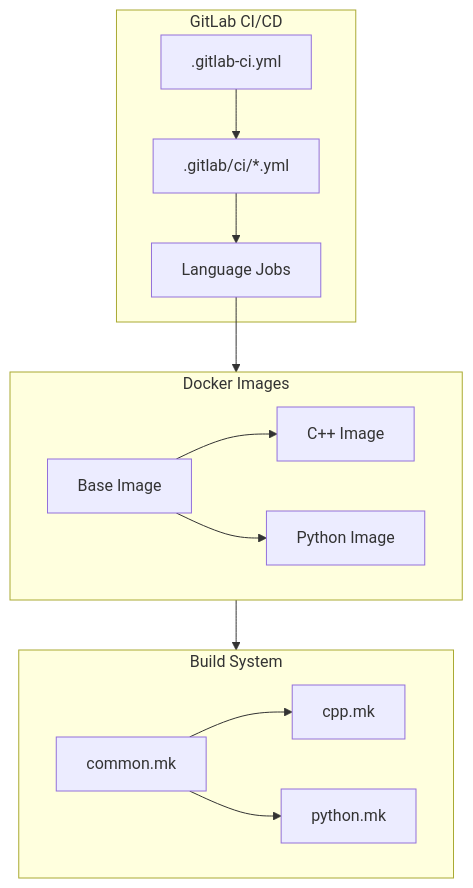
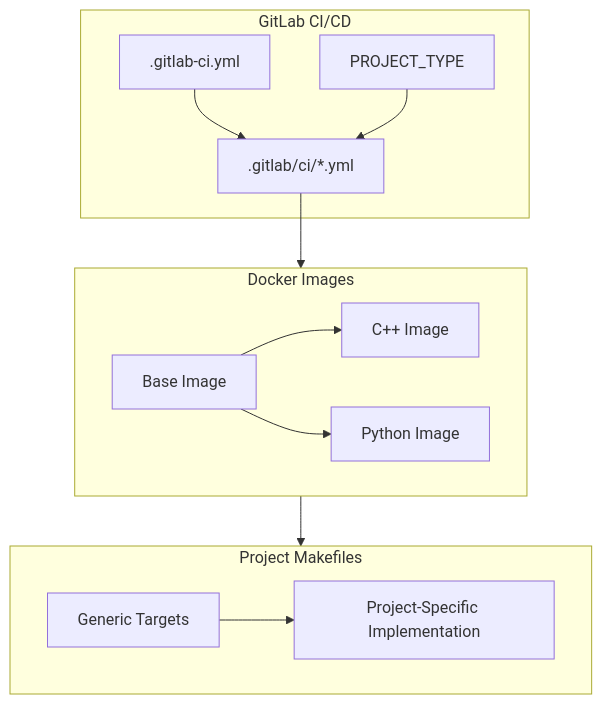
Before and after one commit to jlheater/test-project-123456: the second of 7 diagrams in memory-bank/systemPatterns.md, drawn with Mermaid. The commit also changed other lines of this file and 2 other files, not shown here.

Commit message:
Update activeContext.md and systemPatterns.md to reflect documentation restructuring and generic make targets implementation

````diff
--- a/memory-bank/systemPatterns.md
+++ b/memory-bank/systemPatterns.md
@@ -40,32 +50,30 @@
 ```mermaid
 flowchart TD
     subgraph CI["GitLab CI/CD"]
         Base[".gitlab-ci.yml"]
         Templates[".gitlab/ci/*.yml"]
-        Jobs["Language Jobs"]
+        Config["PROJECT_TYPE"]
         
         Base --> Templates
-        Templates --> Jobs
+        Config --> Templates
     end
 
     subgraph Docker["Docker Images"]
         BaseImg["Base Image"]
         CPPImg["C++ Image"]
         PyImg["Python Image"]
         
         BaseImg --> CPPImg
         BaseImg --> PyImg
     end
 
-    subgraph Make["Build System"]
-        Common["common.mk"]
-        CPPRules["cpp.mk"]
-        PyRules["python.mk"]
+    subgraph Make["Project Makefiles"]
+        Generic["Generic Targets"]
+        Impl["Project-Specific Implementation"]
         
-        Common --> CPPRules
-        Common --> PyRules
+        Generic --> Impl
     end
 
-    Jobs --> Docker
+    Templates --> Docker
     Docker --> Make
 ```
````
